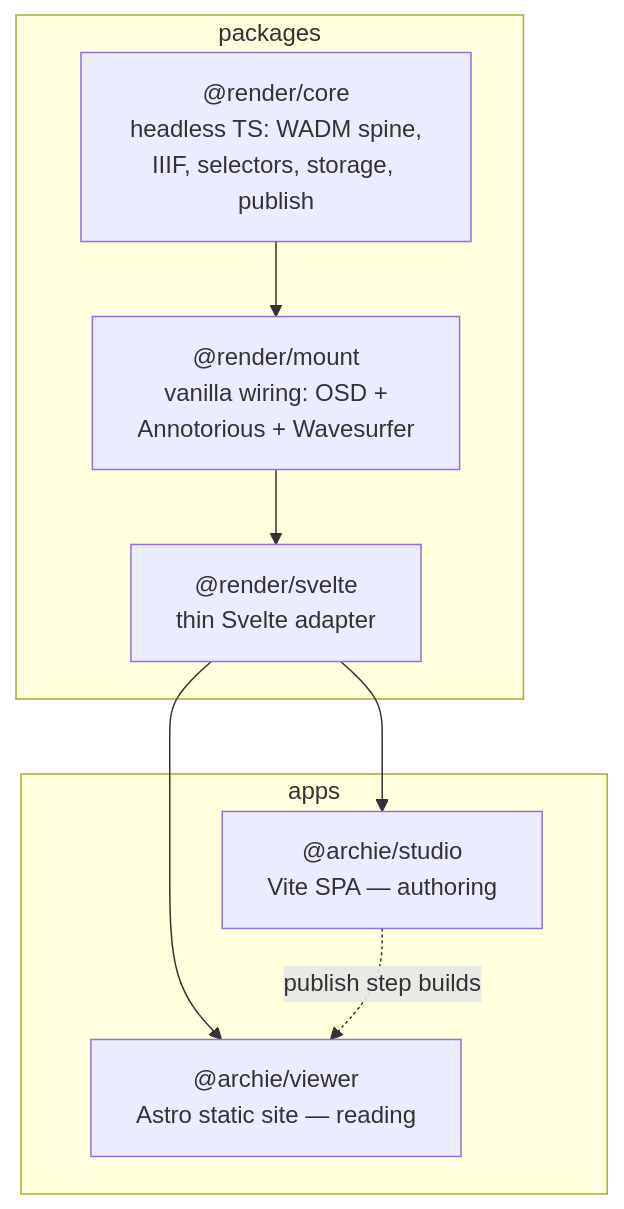
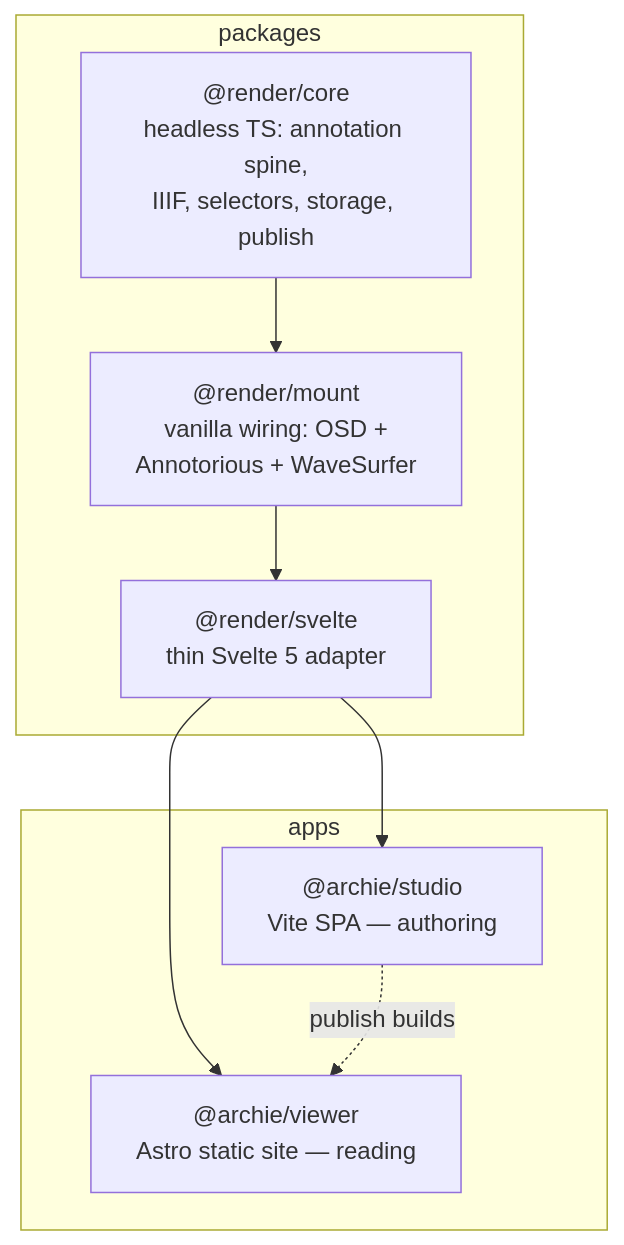
One commit to micahchoo/Archie changed the diagram in README.md. Above: the diagram before and after it, drawn with Mermaid. The commit also changed other lines of this file and 322 other files, not shown here.

First line of the commit message:
fix(viewer): produce valid IIIF Presentation 3 manifests

````diff
--- a/README.md
+++ b/README.md
@@ -133,16 +202,16 @@
 ```mermaid
 graph TD
     subgraph packages
-        core["@render/core<br/>headless TS: WADM spine,<br/>IIIF, selectors, storage, publish"]
-        mount["@render/mount<br/>vanilla wiring: OSD +<br/>Annotorious + Wavesurfer"]
-        svelte["@render/svelte<br/>thin Svelte adapter"]
+        core["@render/core<br/>headless TS: annotation spine,<br/>IIIF, selectors, storage, publish"]
+        mount["@render/mount<br/>vanilla wiring: OSD +<br/>Annotorious + WaveSurfer"]
+        svelte["@render/svelte<br/>thin Svelte 5 adapter"]
     end
     subgraph apps
         studio["@archie/studio<br/>Vite SPA — authoring"]
         viewer["@archie/viewer<br/>Astro static site — reading"]
     end
     core --> mount --> svelte
     svelte --> studio
     svelte --> viewer
-    studio -. "publish step builds" .-> viewer
+    studio -. "publish builds" .-> viewer
 ```
````
